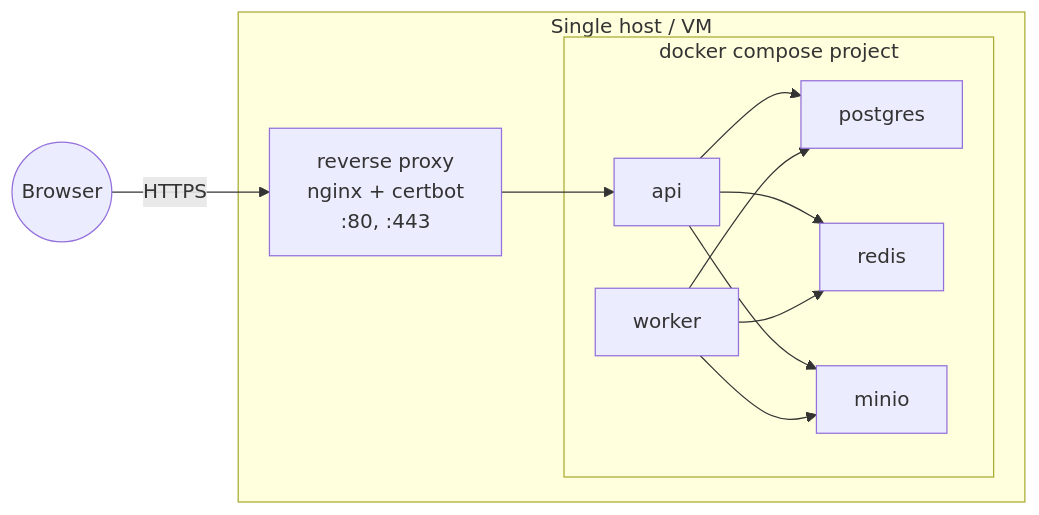
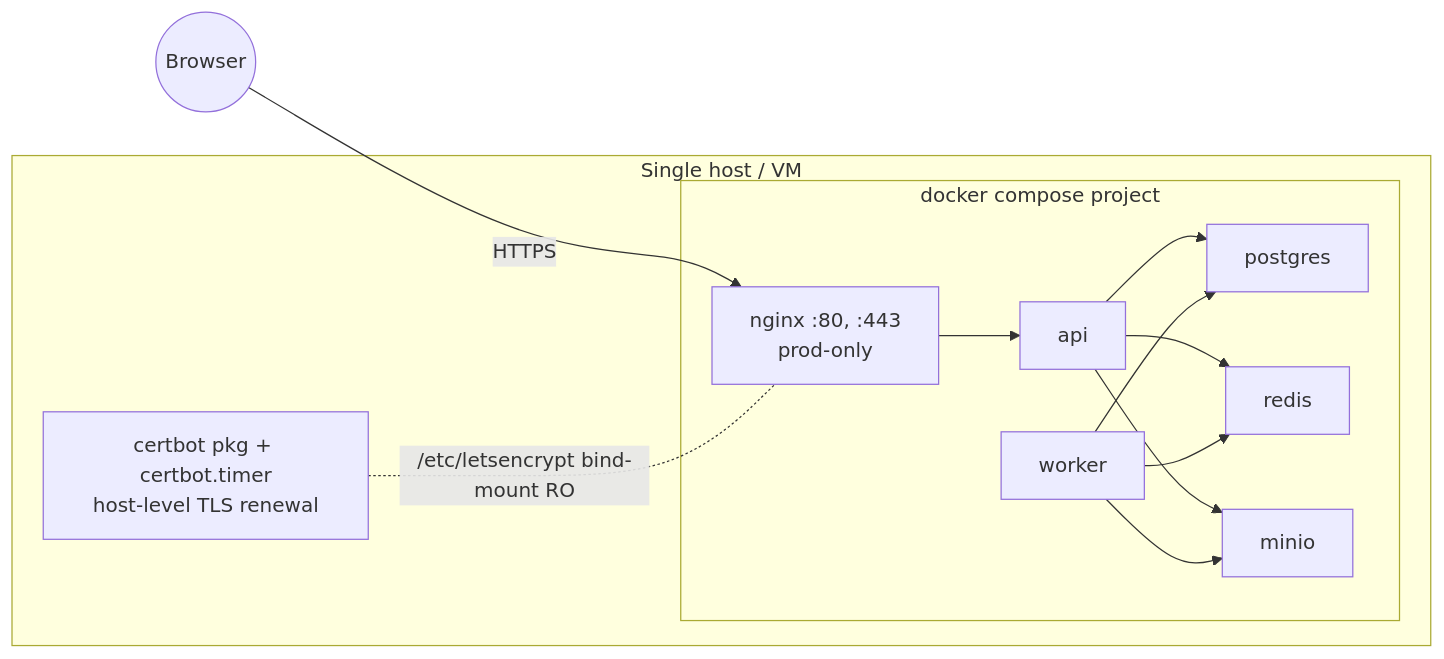
Before and after one commit to eliseiv/mail-agregator: diagram 13 of 13 in docs/01-architecture.md, drawn with Mermaid. The commit also changed other lines of this file and 7 other files, not shown here.

First line of the commit message:
docs(deploy): актуализация под миграцию на выделенный сервер + host-certbot (ADR-0032)

````diff
--- a/docs/01-architecture.md
+++ b/docs/01-architecture.md
@@ -384,18 +384,20 @@
 ```mermaid
 flowchart LR
     subgraph host[Single host / VM]
+        cb[certbot pkg + certbot.timer<br/>host-level TLS renewal]
         subgraph compose[docker compose project]
             api1[api]
             worker1[worker]
             pg[postgres]
             rd[redis]
             mn[minio]
+            rev[nginx :80, :443<br/>prod-only]
         end
-        rev[reverse proxy<br/>nginx + certbot<br/>:80, :443]
     end
 
     Browser((Browser))
     Browser -- HTTPS --> rev --> api1
     api1 --> pg & rd & mn
     worker1 --> pg & rd & mn
+    cb -. /etc/letsencrypt bind-mount RO .- rev
 ```
````
